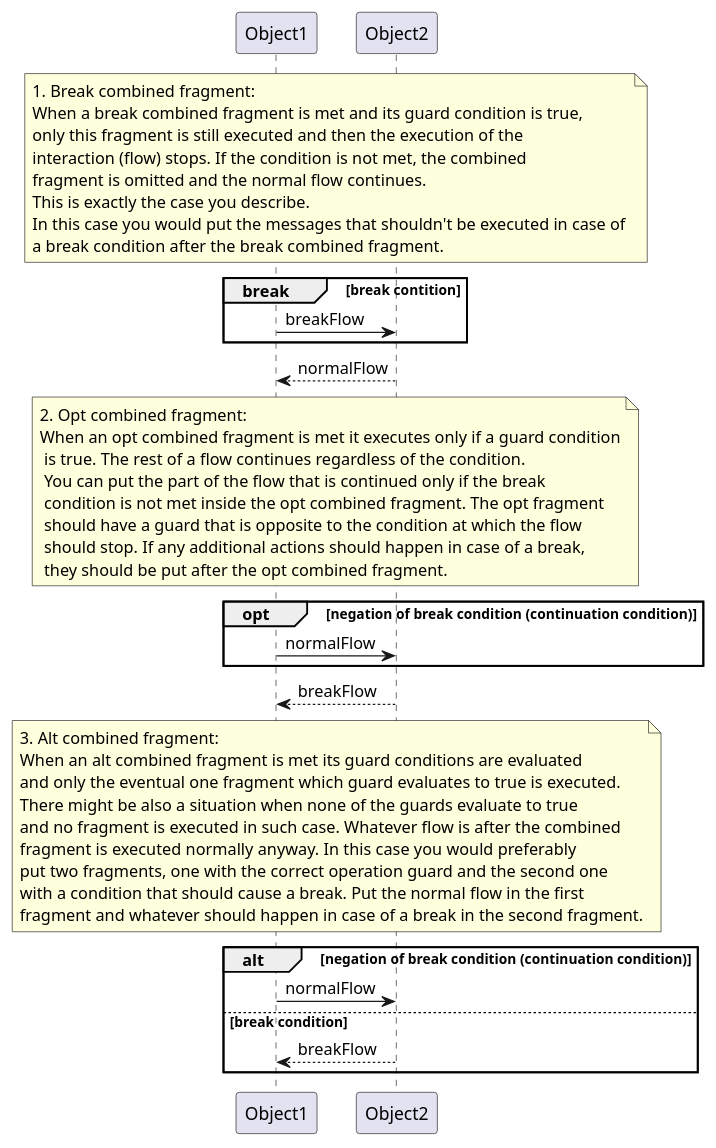
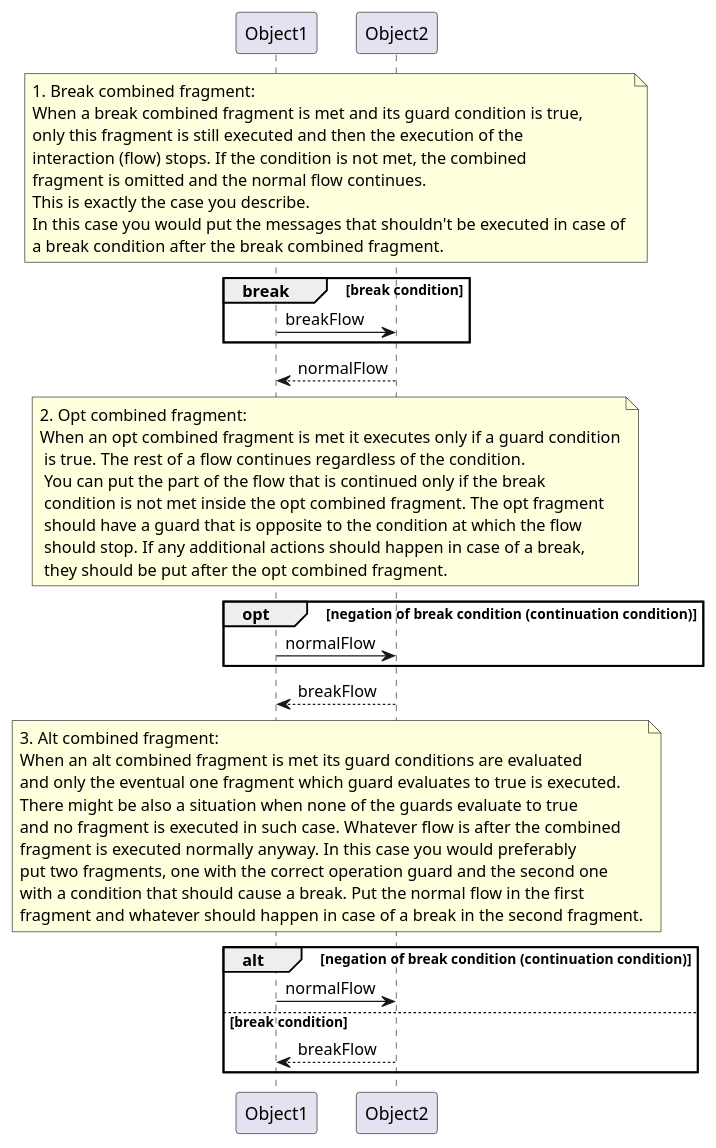
One commit to yasenstar/PlantUML_in_Action changed the diagram in 01_sequence_diagram/01.11-01.20/testing/group_break-alt-ref.puml. Above: the diagram before and after it, drawn with PlantUML.

```diff
--- a/01_sequence_diagram/01.11-01.20/testing/group_break-alt-ref.puml
+++ b/01_sequence_diagram/01.11-01.20/testing/group_break-alt-ref.puml
@@ -1,53 +1,53 @@
 @startuml
 
 participant Object1
 participant Object2
 
 note across
     1. Break combined fragment: 
     When a break combined fragment is met and its guard condition is true,
     only this fragment is still executed and then the execution of the 
     interaction (flow) stops. If the condition is not met, the combined 
     fragment is omitted and the normal flow continues. 
     This is exactly the case you describe. 
     In this case you would put the messages that shouldn't be executed in case of 
     a break condition after the break combined fragment.
 end note
-break break contition
+break break condition
     Object1 -> Object2 : breakFlow
 end
 Object1 <-- Object2 : normalFlow
 
 note across
     2. Opt combined fragment:
     When an opt combined fragment is met it executes only if a guard condition
      is true. The rest of a flow continues regardless of the condition. 
      You can put the part of the flow that is continued only if the break 
      condition is not met inside the opt combined fragment. The opt fragment 
      should have a guard that is opposite to the condition at which the flow 
      should stop. If any additional actions should happen in case of a break, 
      they should be put after the opt combined fragment.
 end note
 opt negation of break condition (continuation condition)
     Object1 -> Object2 : normalFlow
 end
 Object1 <-- Object2 : breakFlow
 
 note across
     3. Alt combined fragment:
     When an alt combined fragment is met its guard conditions are evaluated 
     and only the eventual one fragment which guard evaluates to true is executed. 
     There might be also a situation when none of the guards evaluate to true 
     and no fragment is executed in such case. Whatever flow is after the combined 
     fragment is executed normally anyway. In this case you would preferably 
     put two fragments, one with the correct operation guard and the second one 
     with a condition that should cause a break. Put the normal flow in the first 
     fragment and whatever should happen in case of a break in the second fragment.
 end note
 alt negation of break condition (continuation condition)
     Object1 -> Object2 : normalFlow
 else break condition
     Object1 <-- Object2 : breakFlow
 end
 
 @enduml
```
